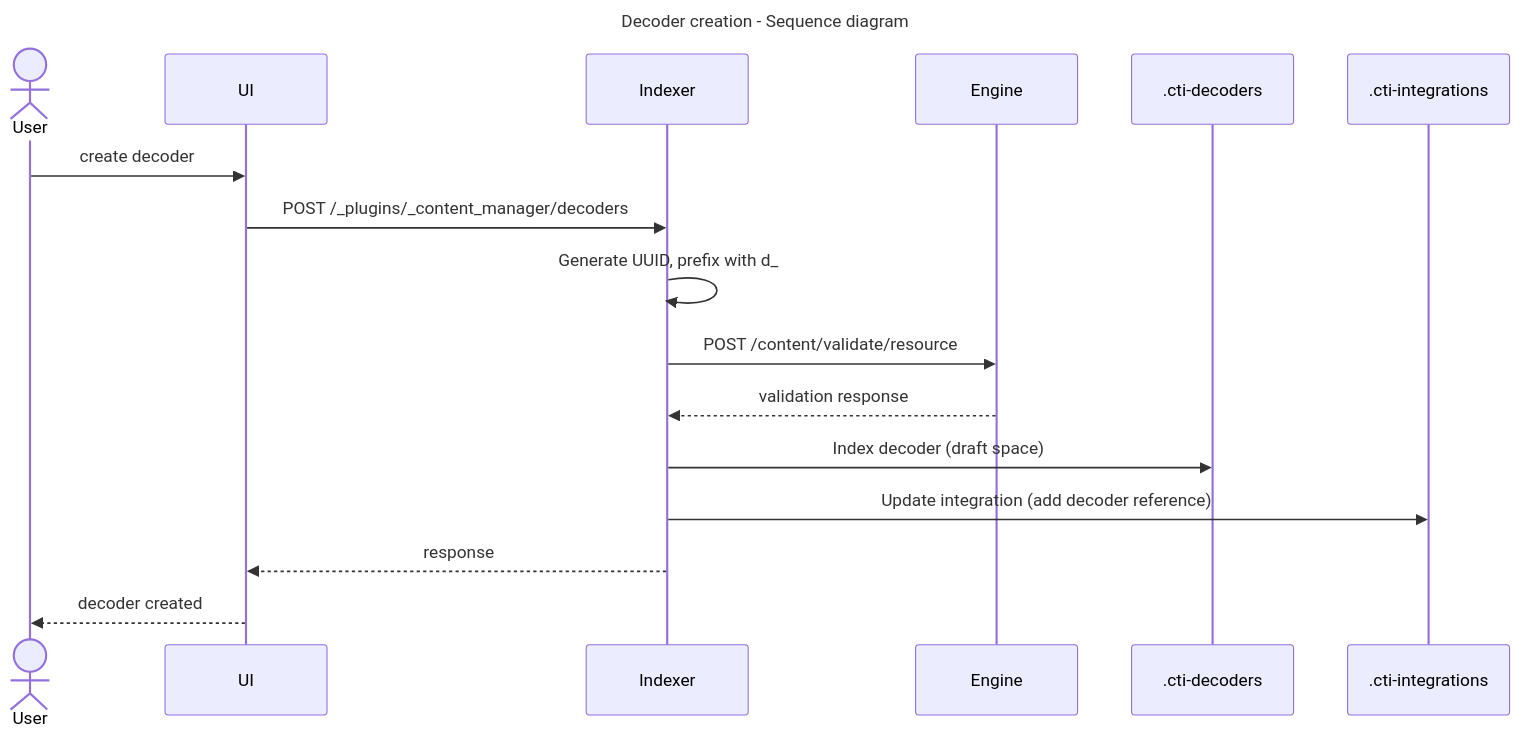
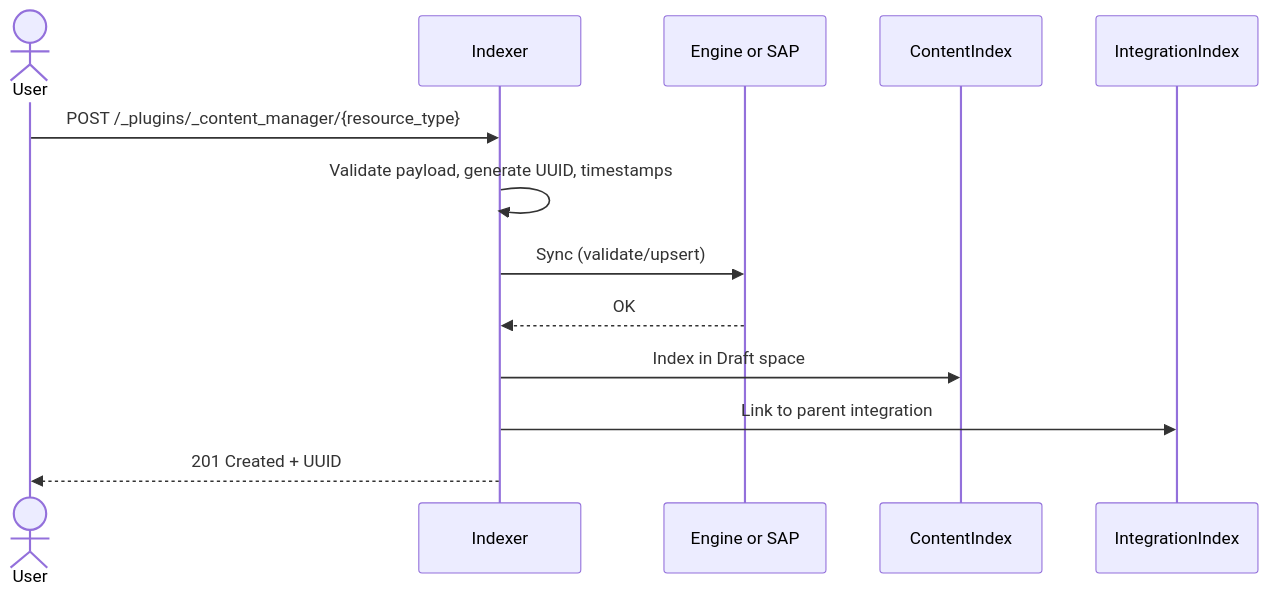
Before and after one commit to wazuh/wazuh-indexer-plugins: the third of 6 diagrams in docs/dev/plugins/content-manager.md, drawn with Mermaid. The commit also changed other lines of this file and 15 other files, not shown here.

````diff
--- a/docs/dev/plugins/content-manager.md
+++ b/docs/dev/plugins/content-manager.md
@@ -351,22 +425,16 @@
 ```mermaid
----
-title: Decoder creation - Sequence diagram
----
 sequenceDiagram
     actor User
-    participant UI
     participant Indexer
-    participant Engine
-    participant DecoderIndex as .cti-decoders
-    participant IntegrationIndex as .cti-integrations
+    participant Engine/SAP as Engine or SAP
+    participant ContentIndex
+    participant IntegrationIndex
 
-    User->>UI: create decoder
-    UI->>Indexer: POST /_plugins/_content_manager/decoders
-    Indexer->>Indexer: Generate UUID, prefix with d_
-    Indexer->>Engine: POST /content/validate/resource
-    Engine-->>Indexer: validation response
-    Indexer->>DecoderIndex: Index decoder (draft space)
-    Indexer->>IntegrationIndex: Update integration (add decoder reference)
-    Indexer-->>UI: response
-    UI-->>User: decoder created
+    User->>Indexer: POST /_plugins/_content_manager/{resource_type}
+    Indexer->>Indexer: Validate payload, generate UUID, timestamps
+    Indexer->>Engine/SAP: Sync (validate/upsert)
+    Engine/SAP-->>Indexer: OK
+    Indexer->>ContentIndex: Index in Draft space
+    Indexer->>IntegrationIndex: Link to parent integration
+    Indexer-->>User: 201 Created + UUID
 ```
````
